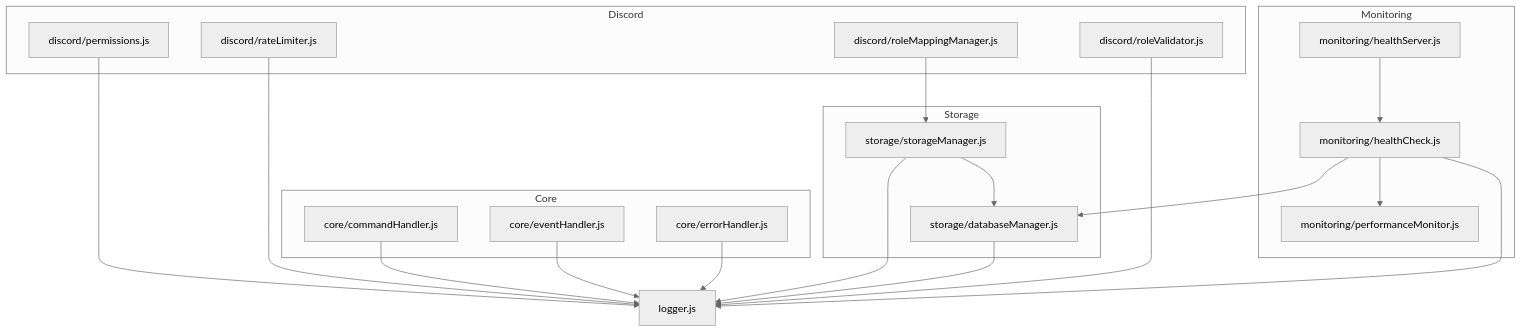
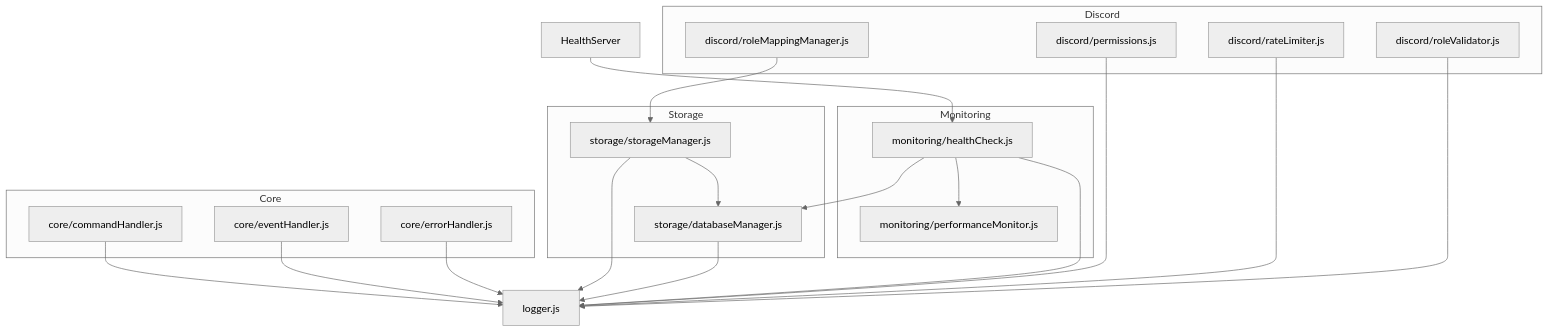
One commit to qodinger/role-reactor-bot changed the diagram in src/utils/README.md. Above: the diagram before and after it, drawn with Mermaid (neutral theme). The commit also changed other lines of this file and 12 other files, not shown here.

````diff
--- a/src/utils/README.md
+++ b/src/utils/README.md
@@ -72,49 +71,48 @@
 ```mermaid
 graph TD
     subgraph Core
         CommandHandler[core/commandHandler.js]
         EventHandler[core/eventHandler.js]
         ErrorHandler[core/errorHandler.js]
     end
 
     subgraph Storage
         StorageManager[storage/storageManager.js]
         DatabaseManager[storage/databaseManager.js]
     end
 
     subgraph Monitoring
         HealthCheck[monitoring/healthCheck.js]
         PerformanceMonitor[monitoring/performanceMonitor.js]
-        HealthServer[monitoring/healthServer.js]
     end
 
     subgraph Discord
         Permissions[discord/permissions.js]
         RateLimiter[discord/rateLimiter.js]
         RoleMappingManager[discord/roleMappingManager.js]
         RoleValidator[discord/roleValidator.js]
     end
 
     Logger[logger.js]
 
     %% Dependencies
     CommandHandler --> Logger
     EventHandler --> Logger
     ErrorHandler --> Logger
 
     StorageManager --> DatabaseManager
     StorageManager --> Logger
     DatabaseManager --> Logger
 
     HealthCheck --> Logger
     HealthCheck --> PerformanceMonitor
     HealthCheck --> DatabaseManager
     HealthServer --> HealthCheck
 
     RoleMappingManager --> StorageManager
 
     %% Top-level commands and events will use these utils
     Permissions --> Logger
     RateLimiter --> Logger
     RoleValidator --> Logger
 ```
````
